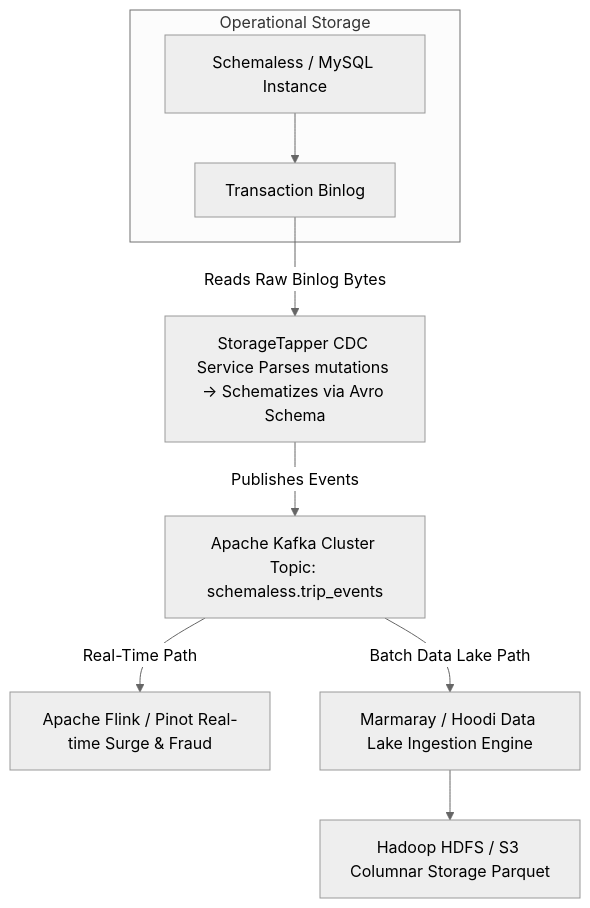
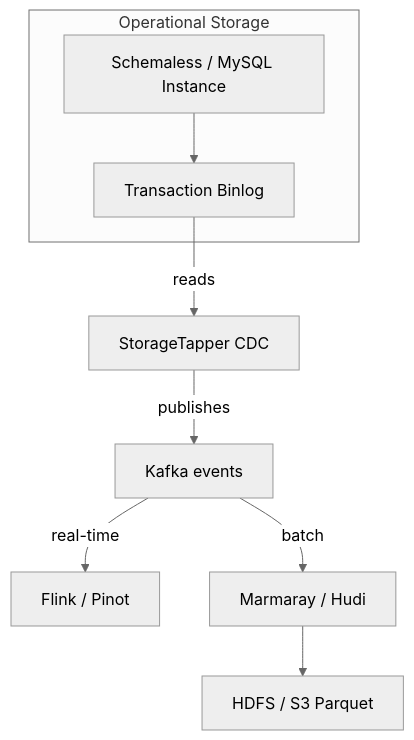
One commit to Chandra179/atlas changed the seventh of 11 diagrams in blog/astro/src/content/docs/uber-architecture.md. Above: the diagram before and after it, drawn with Mermaid (neutral theme). The commit also changed other lines of this file and 6 other files, not shown here.

````diff
--- a/blog/astro/src/content/docs/uber-architecture.md
+++ b/blog/astro/src/content/docs/uber-architecture.md
@@ -544,13 +508,13 @@
 ```mermaid
 graph TB
     subgraph STORAGE["Operational Storage"]
         MYSQL["Schemaless / MySQL Instance"]
         BINLOG["Transaction Binlog"]
         MYSQL --> BINLOG
     end
-    BINLOG -->|Reads Raw Binlog Bytes| ST["StorageTapper CDC Service Parses mutations → Schematizes via Avro Schema"]
-    ST -->|Publishes Events| KAFKA["Apache Kafka Cluster Topic: schemaless.trip_events"]
-    KAFKA -->|Real-Time Path| FLINK["Apache Flink / Pinot Real-time Surge & Fraud"]
-    KAFKA -->|Batch Data Lake Path| MH["Marmaray / Hoodi Data Lake Ingestion Engine"]
-    MH --> HDFS["Hadoop HDFS / S3 Columnar Storage Parquet"]
+    BINLOG -->|reads| ST[StorageTapper CDC]
+    ST -->|publishes| KAFKA[Kafka events]
+    KAFKA -->|real-time| FLINK[Flink / Pinot]
+    KAFKA -->|batch| MH[Marmaray / Hudi]
+    MH --> HDFS[HDFS / S3 Parquet]
 ```
````
